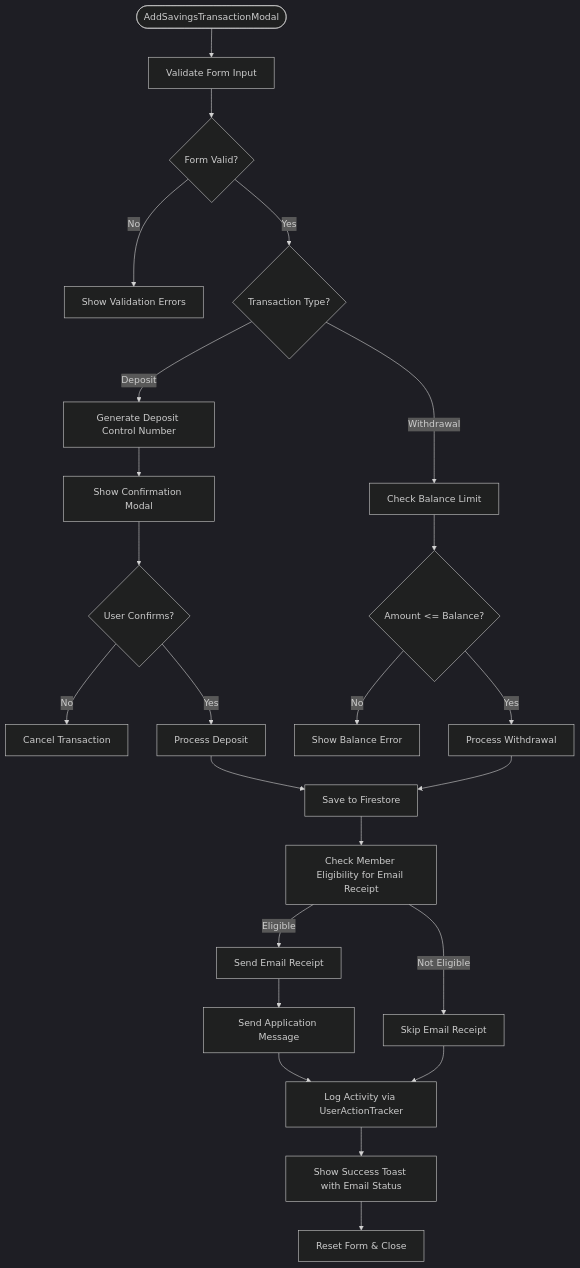
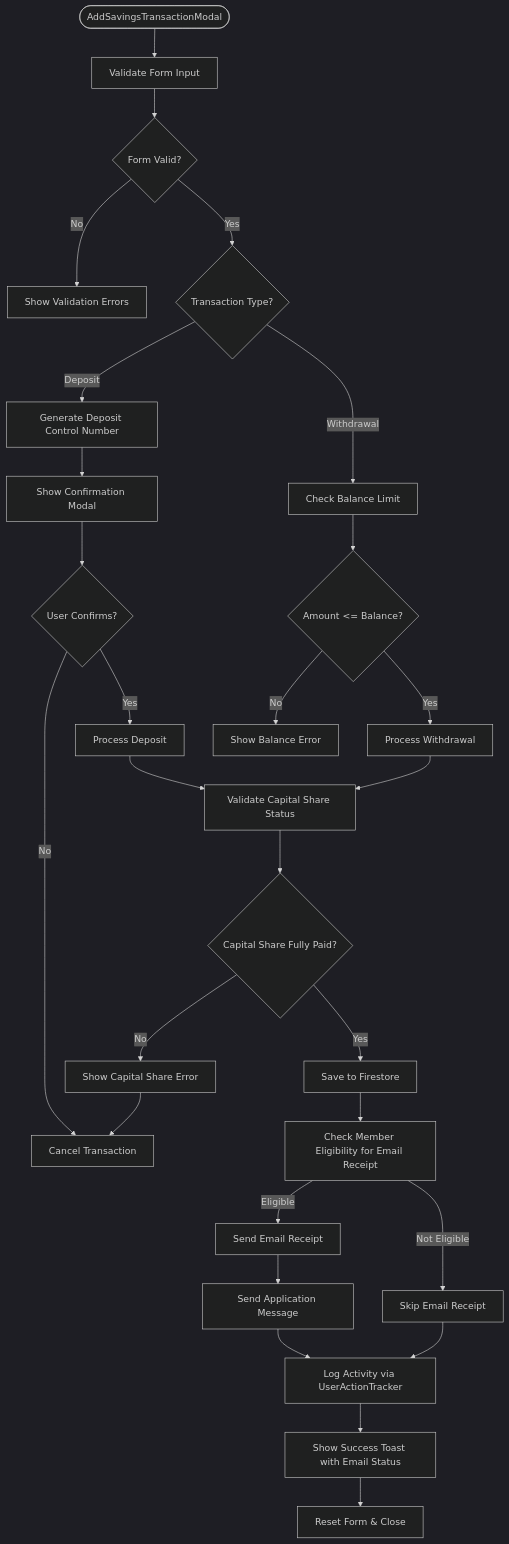
One commit to Unsure-bry/sampacoop_system changed diagram 14 of 26 in .qoder/repowiki/en/content/Savings Management System/Savings Management System.md. Above: the diagram before and after it, drawn with Mermaid (dark theme). The commit also changed other lines of this file and 5 other files, not shown here.

````diff
--- a/.qoder/repowiki/en/content/Savings Management System/Savings Management System.md
+++ b/.qoder/repowiki/en/content/Savings Management System/Savings Management System.md
@@ -553,26 +637,30 @@
 ```mermaid
 flowchart TD
 Start(["AddSavingsTransactionModal"]) --> Validate["Validate Form Input"]
 Validate --> Valid{"Form Valid?"}
 Valid --> |No| ShowErrors["Show Validation Errors"]
 Valid --> |Yes| TypeCheck{"Transaction Type?"}
 TypeCheck --> |Deposit| GenerateDCN["Generate Deposit Control Number"]
 GenerateDCN --> ShowConfirm["Show Confirmation Modal"]
 ShowConfirm --> Confirm{"User Confirms?"}
 Confirm --> |No| Cancel["Cancel Transaction"]
 Confirm --> |Yes| ProcessDeposit["Process Deposit"]
 TypeCheck --> |Withdrawal| CheckBalance["Check Balance Limit"]
 CheckBalance --> ValidWithdrawal{"Amount <= Balance?"}
 ValidWithdrawal --> |No| ShowBalanceError["Show Balance Error"]
 ValidWithdrawal --> |Yes| ProcessWithdrawal["Process Withdrawal"]
-ProcessDeposit --> SaveTransaction["Save to Firestore"]
-ProcessWithdrawal --> SaveTransaction
+ProcessDeposit --> ValidateCapitalShare["Validate Capital Share Status"]
+ProcessWithdrawal --> ValidateCapitalShare
+ValidateCapitalShare --> CapitalShareValid{"Capital Share Fully Paid?"}
+CapitalShareValid --> |No| ShowCapitalShareError["Show Capital Share Error"]
+CapitalShareValid --> |Yes| SaveTransaction["Save to Firestore"]
+ShowCapitalShareError --> Cancel
 SaveTransaction --> CheckEligibility["Check Member Eligibility for Email Receipt"]
 CheckEligibility --> |Eligible| SendEmail["Send Email Receipt"]
 CheckEligibility --> |Not Eligible| SkipEmail["Skip Email Receipt"]
 SendEmail --> SendAppMsg["Send Application Message"]
 SendAppMsg --> LogActivity["Log Activity via UserActionTracker"]
 LogActivity --> Success["Show Success Toast with Email Status"]
 SkipEmail --> LogActivity
 Success --> ResetForm["Reset Form & Close"]
 ```
````
